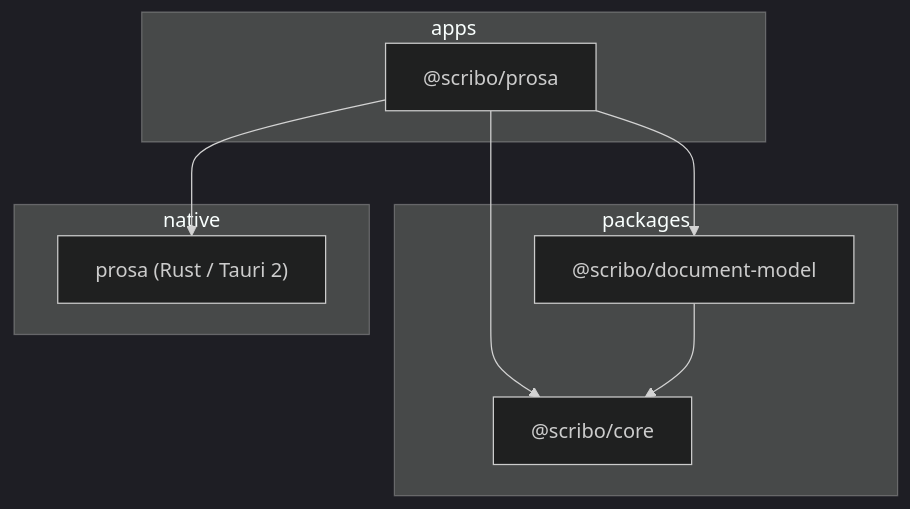
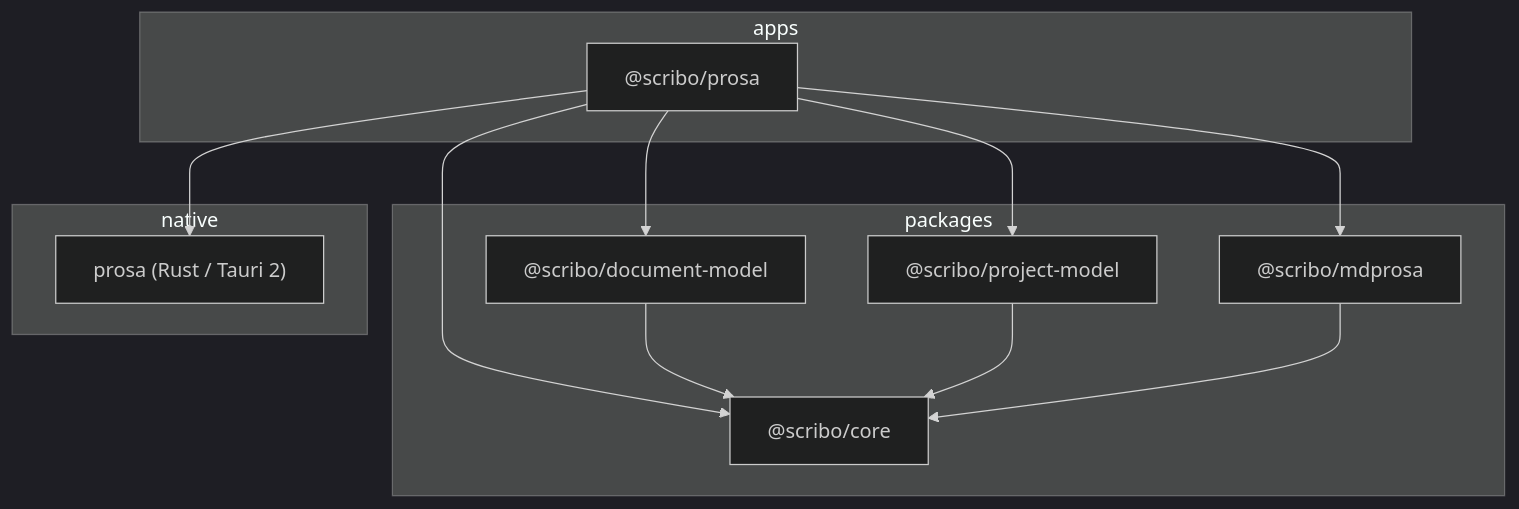
One commit to erista-scribam/base changed the diagram in docs/architecture/system-overview.md. Above: the diagram before and after it, drawn with Mermaid (dark theme). The commit also changed other lines of this file and 27 other files, not shown here.

First line of the commit message:
feat(prosa): add project-model, mdprosa, grants, and layout adapters

````diff
--- a/docs/architecture/system-overview.md
+++ b/docs/architecture/system-overview.md
@@ -7,17 +7,23 @@
 ```mermaid
 flowchart TB
   subgraph apps
     Prosa["@scribo/prosa"]
   end
   subgraph packages
     DM["@scribo/document-model"]
     Core["@scribo/core"]
+    PM["@scribo/project-model"]
+    MP["@scribo/mdprosa"]
   end
   subgraph native
     Tauri["prosa (Rust / Tauri 2)"]
   end
   Prosa --> DM
   Prosa --> Core
+  Prosa --> PM
+  Prosa --> MP
   DM --> Core
+  PM --> Core
+  MP --> Core
   Prosa --> Tauri
 ```
````
